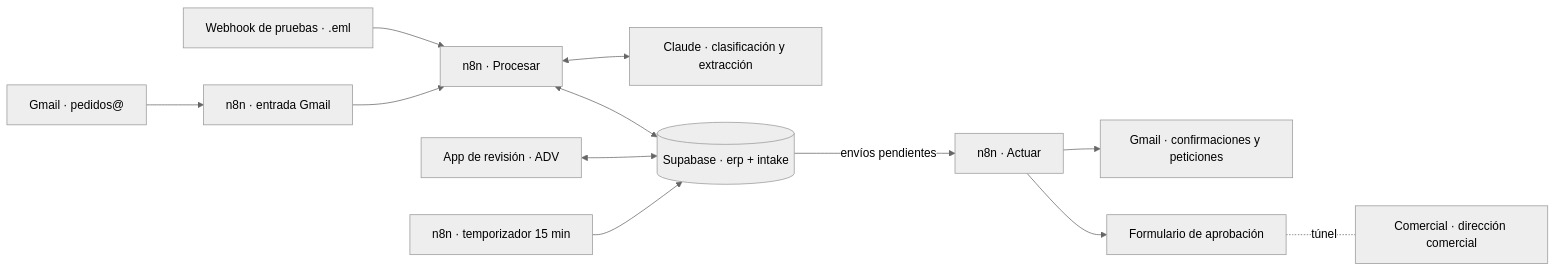
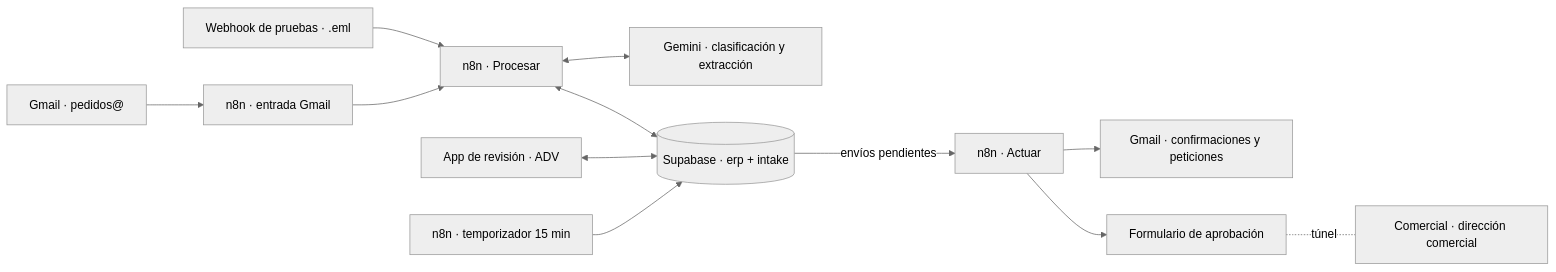
Before and after one commit to davidlarre/b2b-order-intake-automation-case-study: the first of 2 diagrams in docs/04-solution-design.md, drawn with Mermaid (neutral theme). The commit also changed other lines of this file and 8 other files, not shown here.

````diff
--- a/docs/04-solution-design.md
+++ b/docs/04-solution-design.md
@@ -24,14 +24,14 @@
 ```mermaid
 flowchart LR
     G[Gmail · pedidos@] --> EG[n8n · entrada Gmail]
     W[Webhook de pruebas · .eml] --> P
     EG --> P[n8n · Procesar]
-    P <--> IA[Claude · clasificación y extracción]
+    P <--> IA[Gemini · clasificación y extracción]
     P <--> S[(Supabase · erp + intake)]
     APP[App de revisión · ADV] <--> S
     S -- envíos pendientes --> AC[n8n · Actuar]
     AC --> GS[Gmail · confirmaciones y peticiones]
     AC --> AP[Formulario de aprobación]
     AP -. túnel .- COM[Comercial · dirección comercial]
     T[n8n · temporizador 15 min] --> S
 ```
````
